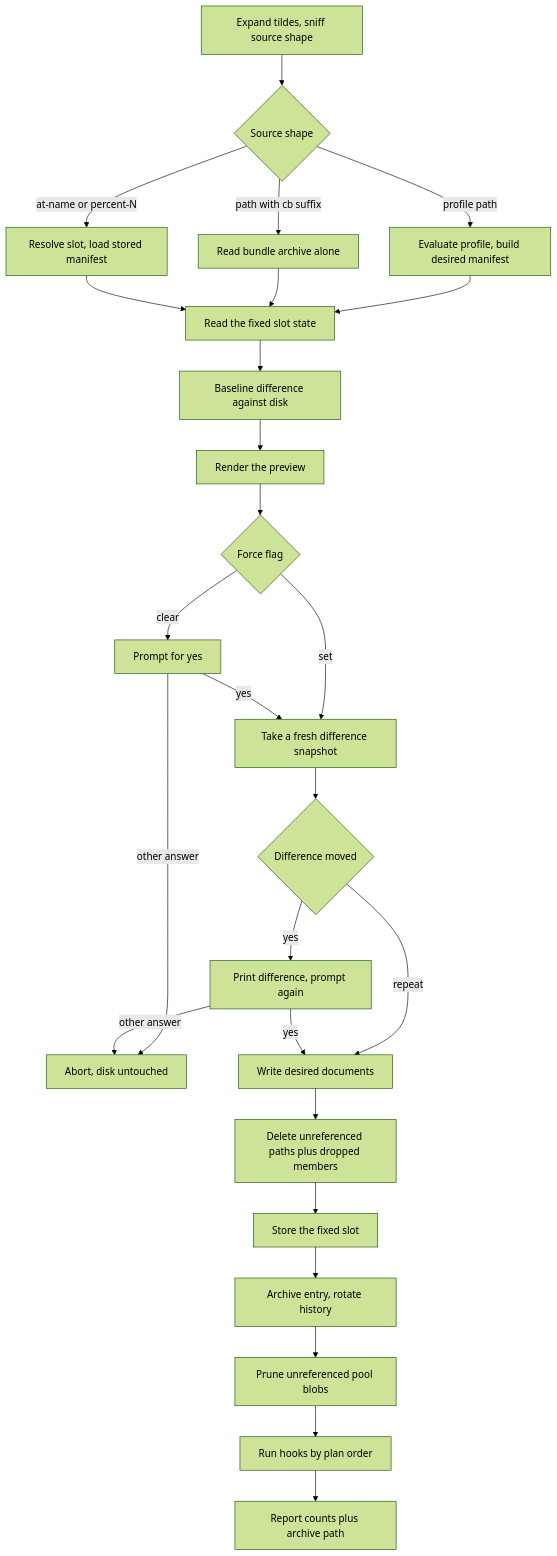
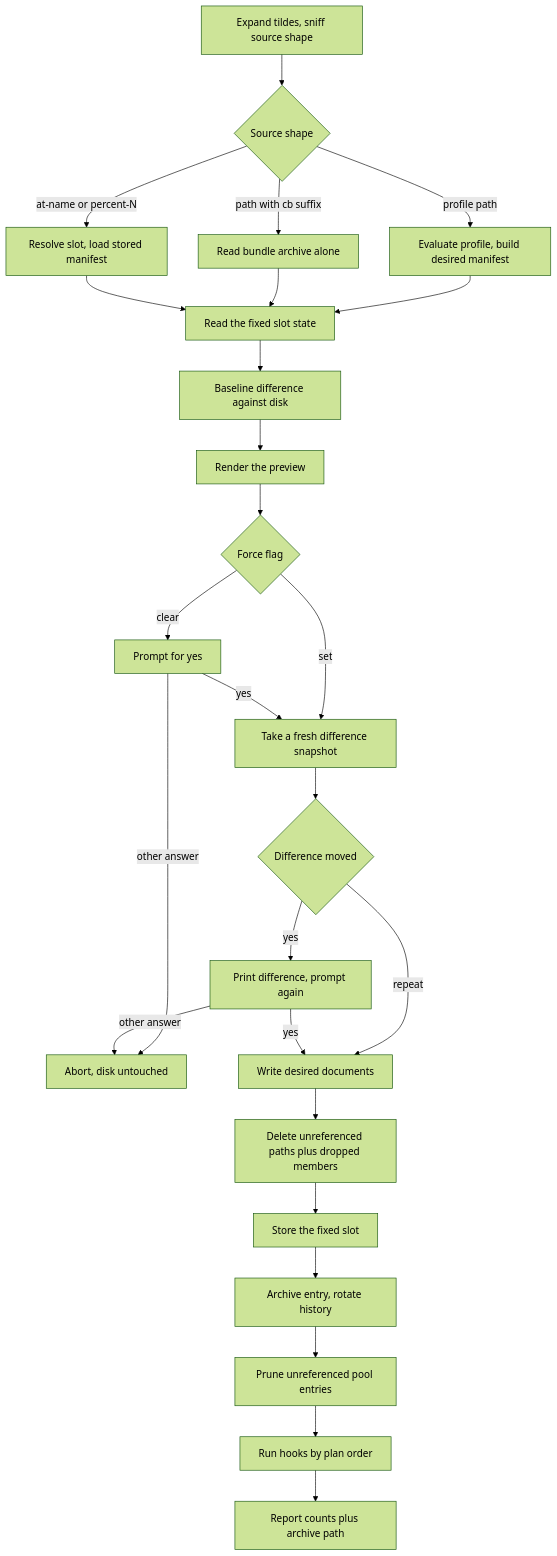
Before and after one commit to SolracHQ/confit: the diagram in docs/book/src/spec/resources/apply.mmd, drawn with Mermaid (forest theme). The commit also changed 93 other files, not shown here.

```diff
--- a/docs/book/src/spec/resources/apply.mmd
+++ b/docs/book/src/spec/resources/apply.mmd
@@ -1,26 +1,26 @@
 flowchart TD
     A[Expand tildes, sniff source shape] --> B{Source shape}
     B -- profile path --> C[Evaluate profile, build desired manifest]
     B -- path with cb suffix --> D[Read bundle archive alone]
     B -- at-name or percent-N --> E[Resolve slot, load stored manifest]
     C --> F[Read the fixed slot state]
     D --> F
     E --> F
     F --> G[Baseline difference against disk]
     G --> I[Render the preview]
     I --> K{Force flag}
     K -- set --> L[Take a fresh difference snapshot]
     K -- clear --> M[Prompt for yes]
     M -- other answer --> N[Abort, disk untouched]
     M -- yes --> L
     L --> O{Difference moved}
     O -- yes --> P[Print difference, prompt again]
     O -- repeat --> Q[Write desired documents]
     P -- other answer --> N
     P -- yes --> Q
     Q --> R[Delete unreferenced paths plus dropped members]
     R --> S[Store the fixed slot]
     S --> T[Archive entry, rotate history]
-    T --> U[Prune unreferenced pool blobs]
+    T --> U[Prune unreferenced pool entries]
     U --> V[Run hooks by plan order]
     V --> W[Report counts plus archive path]
```
